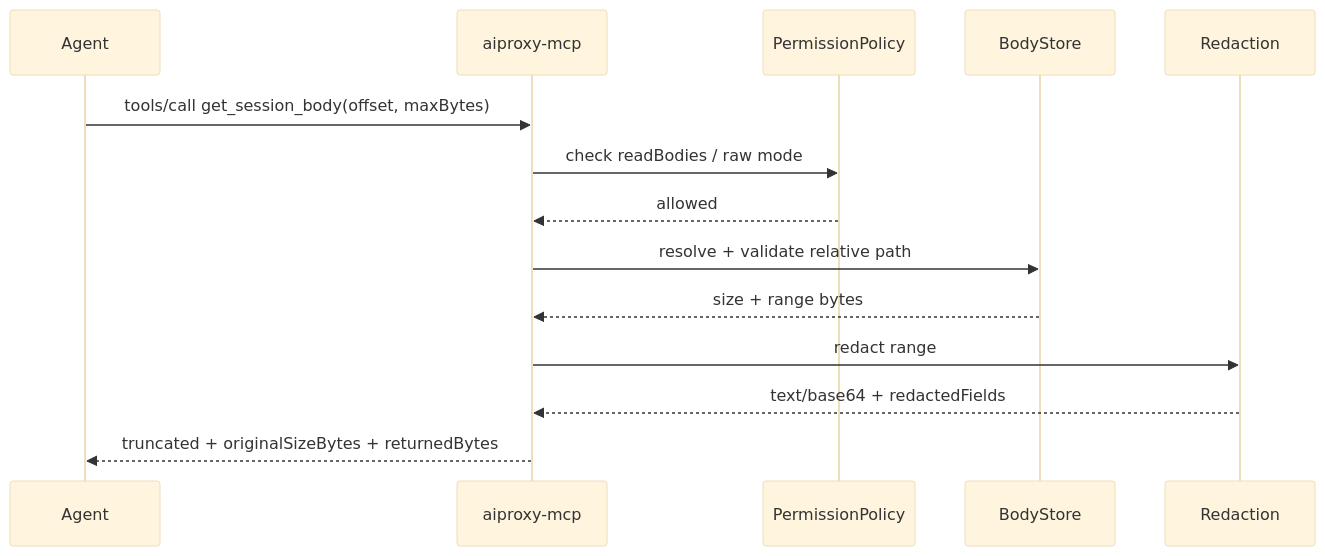
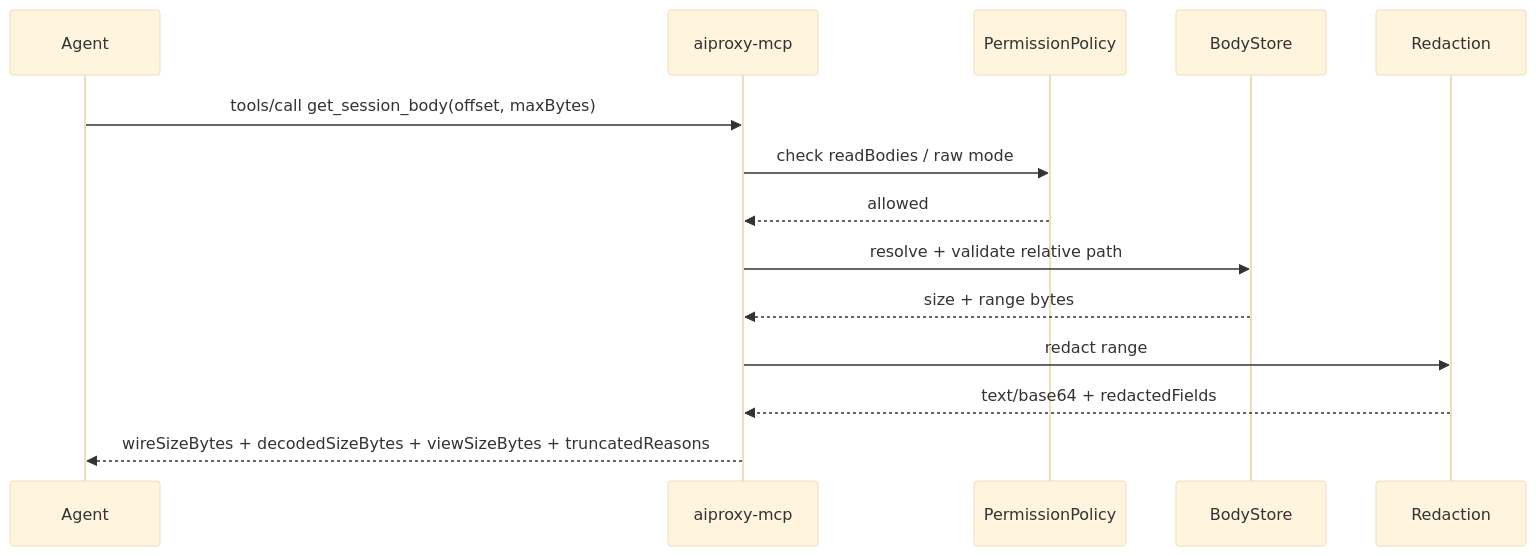
One commit to small-dream/AIProxy changed the third of 5 diagrams in docs/MCP_AGENT_SKILL_ARCHITECTURE.md. Above: the diagram before and after it, drawn with Mermaid (base theme). The commit also changed other lines of this file and 40 other files, not shown here.

````diff
--- a/docs/MCP_AGENT_SKILL_ARCHITECTURE.md
+++ b/docs/MCP_AGENT_SKILL_ARCHITECTURE.md
@@ -1093,17 +1159,17 @@
 ```mermaid
 sequenceDiagram
     participant A as Agent
     participant M as aiproxy-mcp
     participant P as PermissionPolicy
     participant B as BodyStore
     participant R as Redaction
 
     A->>M: tools/call get_session_body(offset, maxBytes)
     M->>P: check readBodies / raw mode
     P-->>M: allowed
     M->>B: resolve + validate relative path
     B-->>M: size + range bytes
     M->>R: redact range
     R-->>M: text/base64 + redactedFields
-    M-->>A: truncated + originalSizeBytes + returnedBytes
+    M-->>A: wireSizeBytes + decodedSizeBytes + viewSizeBytes + truncatedReasons
 ```
````
